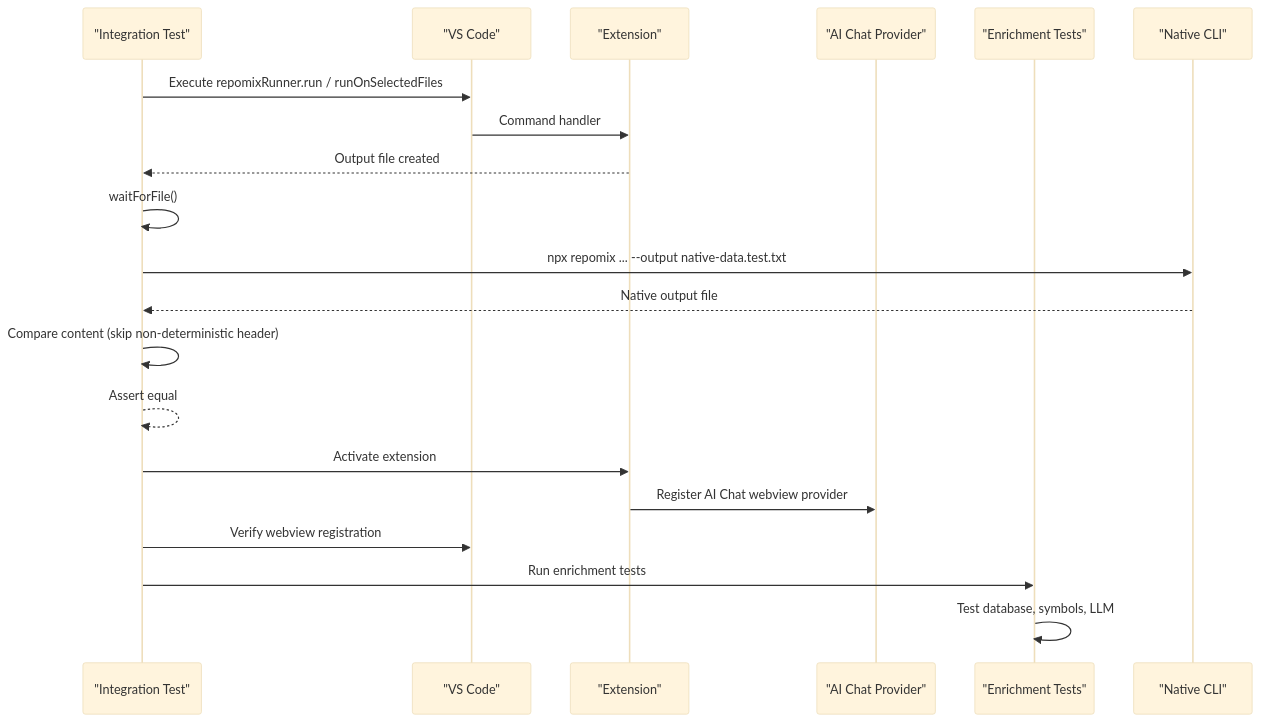
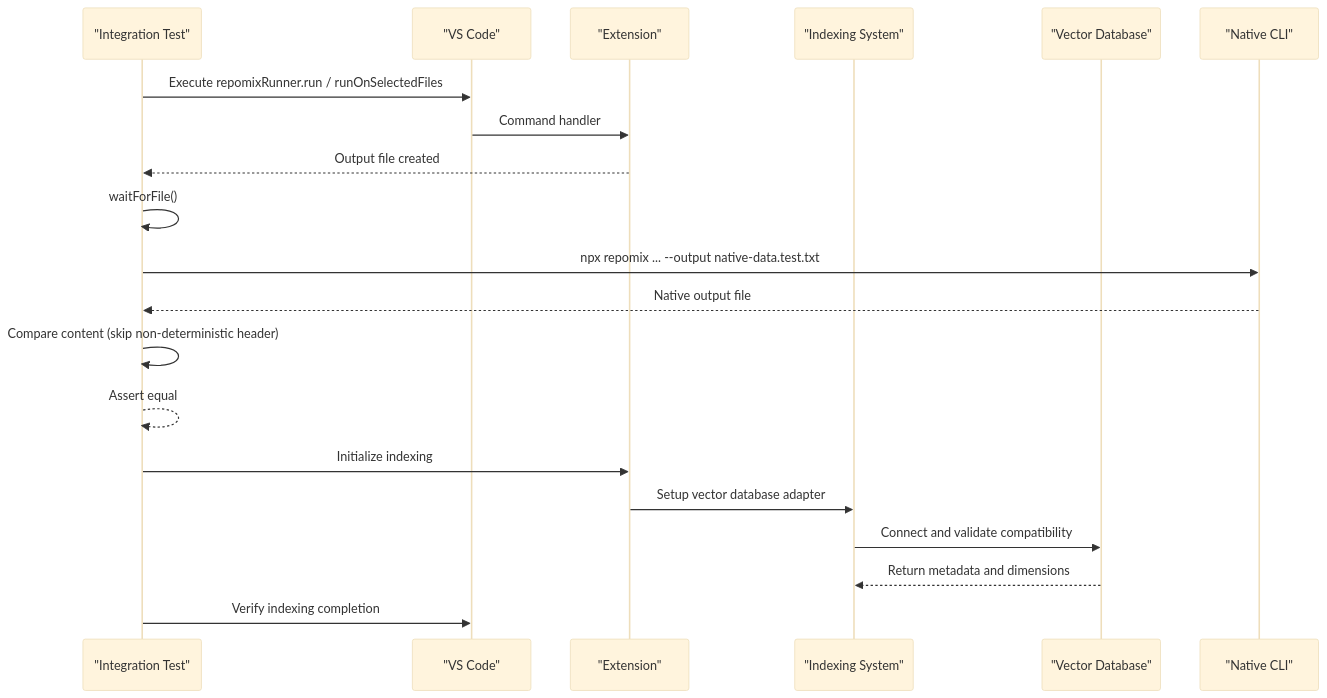
One commit to bramburn/repomix-runner changed diagram 19 of 20 in .qoder/repowiki/en/content/Testing Framework/Testing Framework.md. Above: the diagram before and after it, drawn with Mermaid (base theme). The commit also changed other lines of this file and 41 other files, not shown here.

````diff
--- a/.qoder/repowiki/en/content/Testing Framework/Testing Framework.md
+++ b/.qoder/repowiki/en/content/Testing Framework/Testing Framework.md
@@ -724,22 +655,22 @@
 ```mermaid
 sequenceDiagram
 participant IT as "Integration Test"
 participant VS as "VS Code"
 participant EXT as "Extension"
-participant AC as "AI Chat Provider"
-participant ENR as "Enrichment Tests"
+participant IDX as "Indexing System"
+participant VDB as "Vector Database"
 participant CLI as "Native CLI"
 IT->>VS : Execute repomixRunner.run / runOnSelectedFiles
 VS->>EXT : Command handler
 EXT-->>IT : Output file created
 IT->>IT : waitForFile()
 IT->>CLI : npx repomix ... --output native-data.test.txt
 CLI-->>IT : Native output file
 IT->>IT : Compare content (skip non-deterministic header)
 IT-->>IT : Assert equal
-IT->>EXT : Activate extension
-EXT->>AC : Register AI Chat webview provider
-IT->>VS : Verify webview registration
-IT->>ENR : Run enrichment tests
-ENR->>ENR : Test database, symbols, LLM
+IT->>EXT : Initialize indexing
+EXT->>IDX : Setup vector database adapter
+IDX->>VDB : Connect and validate compatibility
+VDB-->>IDX : Return metadata and dimensions
+IT->>VS : Verify indexing completion
 ```
````
